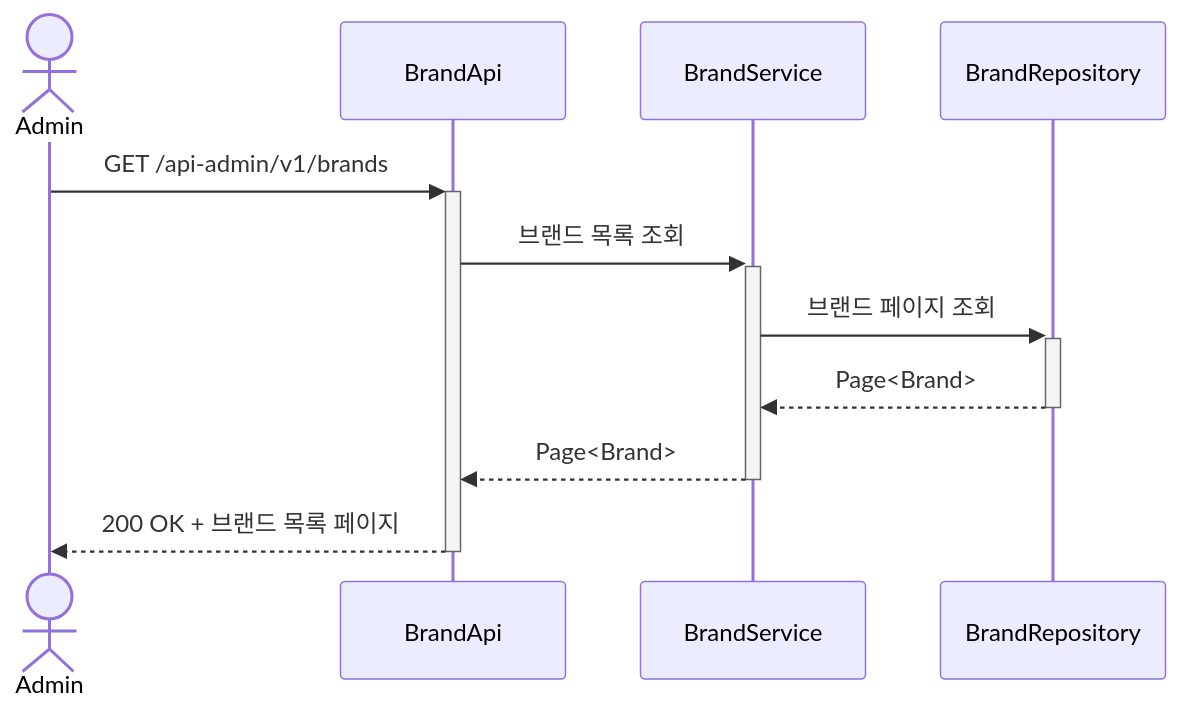
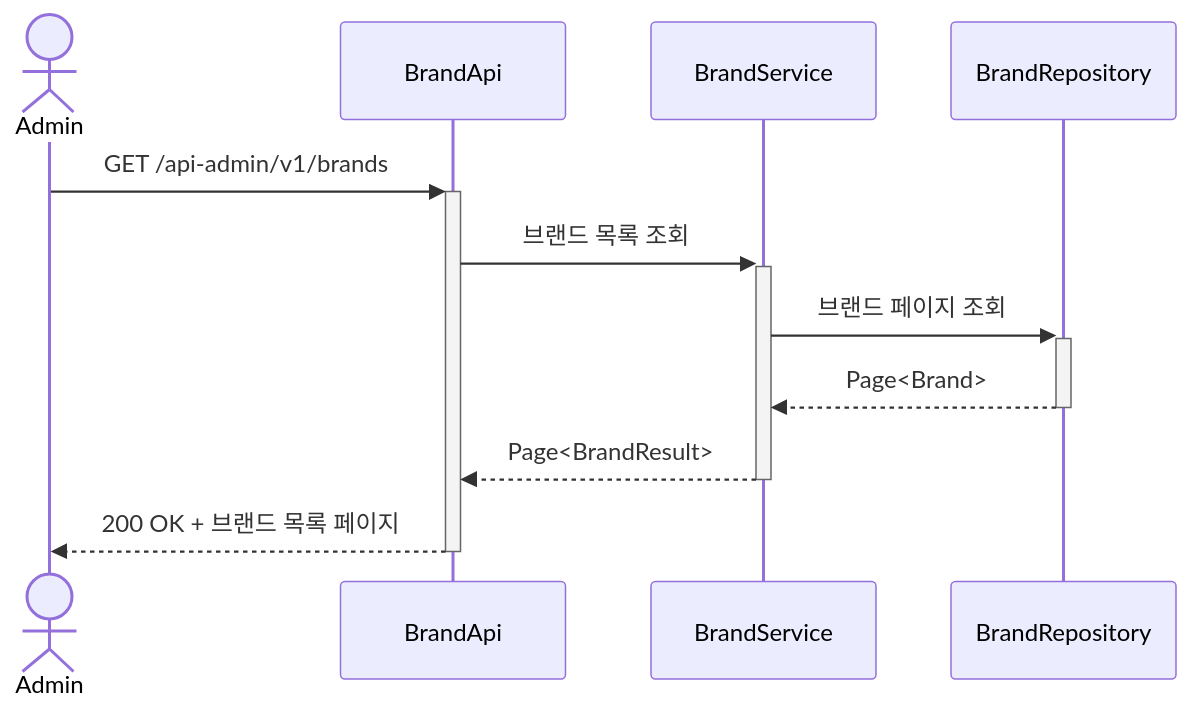
The fourth of 23 diagrams in .docs/design/02-sequence-diagrams.md (Loopers-dev-lab/loop-pack-be-l2-vol3-java), drawn with Mermaid before and after one commit. The commit also changed other lines of this file, not shown here.

First line of the commit message:
docs: 시퀀스 다이어그램에서 Facade 제거 및 Service 직접 호출 구조로 수정

````diff
--- a/.docs/design/02-sequence-diagrams.md
+++ b/.docs/design/02-sequence-diagrams.md
@@ -163,14 +161,14 @@
 ```mermaid
 sequenceDiagram
     actor Admin
     participant BrandApi
     participant BrandService
     participant BrandRepository
 
     Admin ->>+ BrandApi: GET /api-admin/v1/brands
     BrandApi ->>+ BrandService: 브랜드 목록 조회
     BrandService ->>+ BrandRepository: 브랜드 페이지 조회
     BrandRepository -->>- BrandService: Page<Brand>
-    BrandService -->>- BrandApi: Page<Brand>
+    BrandService -->>- BrandApi: Page<BrandResult>
     BrandApi -->>- Admin: 200 OK + 브랜드 목록 페이지
 ```
````
